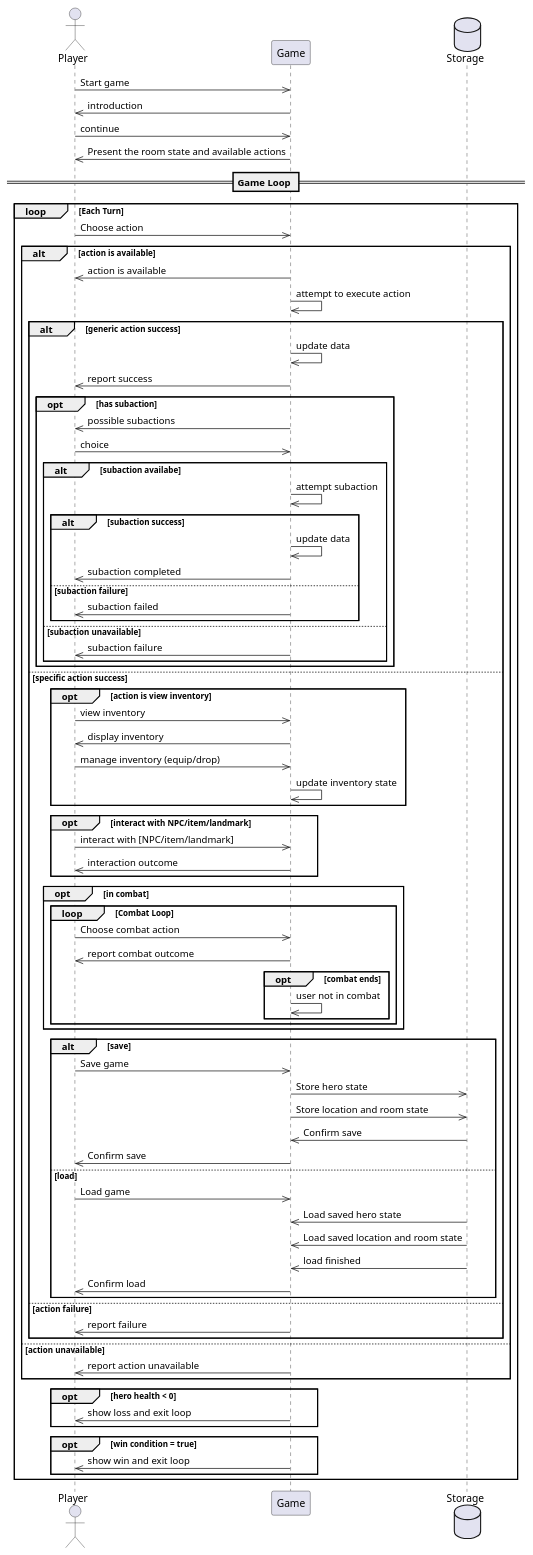
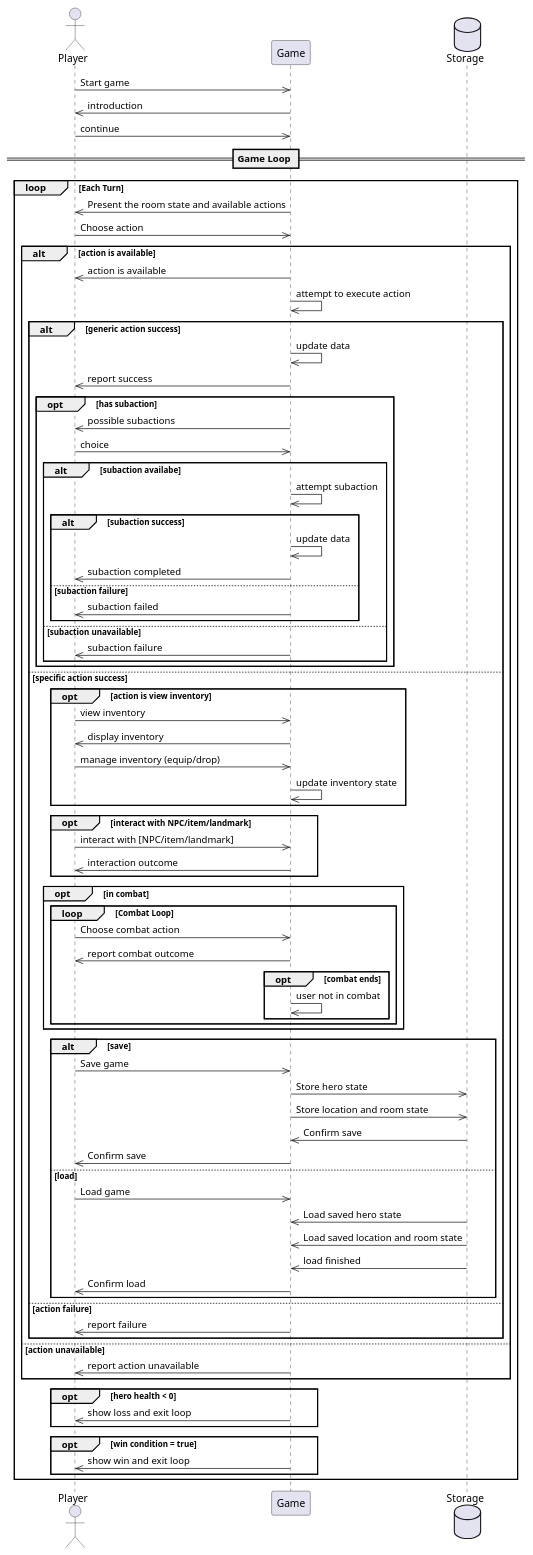
The diagram in plantuml/system-sequence-diagram.plantuml (MarvinTheMoodLifter/escape-from-Dahshur), drawn with PlantUML before and after one commit.

Commit message:
10/6/2024

```diff
--- a/plantuml/system-sequence-diagram.plantuml
+++ b/plantuml/system-sequence-diagram.plantuml
@@ -1,86 +1,87 @@
 @startuml System Sequence Diagram
 actor User as "Player"
 participant Game as "Game"
 database Storage as "Storage"
 
 User->>Game: Start game
 Game->>User: introduction
 User->>Game: continue
-Game->>User: Present the room state and available actions
+
 
 == Game Loop ==
 loop Each Turn
+    Game->>User: Present the room state and available actions
     User->>Game: Choose action
     alt action is available
         Game->>User: action is available
         Game->>Game: attempt to execute action
         alt generic action success
             Game->>Game: update data
             Game->>User: report success
             opt has subaction
             Game->>User: possible subactions
             User->>Game: choice
              alt subaction availabe
              Game->>Game: attempt subaction
               alt subaction success
               Game->>Game: update data
               Game->>User: subaction completed
               else subaction failure
               Game->>User: subaction failed
               end 
               else subaction unavailable
               Game->>User: subaction failure
               end
               end
     else specific action success
                 opt action is view inventory
         User->>Game: view inventory
         Game->>User: display inventory
         User->>Game: manage inventory (equip/drop)
         Game->>Game: update inventory state
     end
         opt interact with NPC/item/landmark
         User->>Game: interact with [NPC/item/landmark]
         Game->>User: interaction outcome
     end
     opt in combat
         loop Combat Loop
             User->>Game: Choose combat action
             Game->>User: report combat outcome
             opt combat ends
                 Game->>Game: user not in combat
             end
         end
     end
     
 
        alt save
     User->>Game: Save game
     Game->>Storage: Store hero state
     Game->>Storage: Store location and room state
     Storage->>Game: Confirm save
     Game->>User: Confirm save
 else load
     User->>Game: Load game
     Storage->>Game: Load saved hero state
     Storage->>Game: Load saved location and room state
     Storage->>Game: load finished
     Game->>User: Confirm load
 end
     else action failure
         Game->>User: report failure
     end
     else action unavailable
     Game->>User: report action unavailable
     end
     opt hero health < 0
         Game->>User: show loss and exit loop
     end
     opt win condition = true
         Game->>User: show win and exit loop
     end
     
     end
 
 
 @enduml
```
